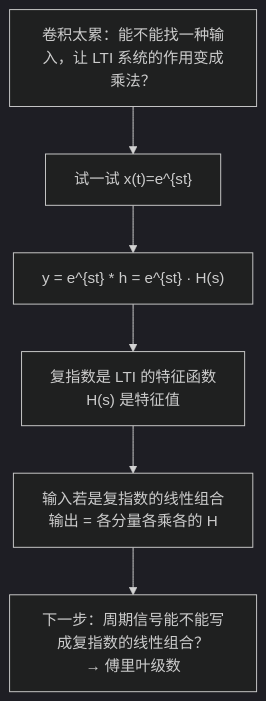
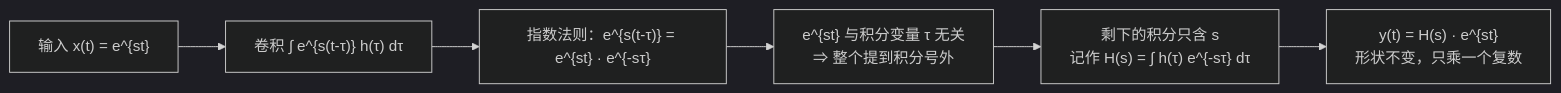
The second of 2 diagrams in 信号与系统/C3.1 复指数是LTI系统的特征函数.md (KayeAdams515/ClaudeNotes), drawn with Mermaid (dark theme) before and after one commit. The commit also changed other lines of this file and 23 other files, not shown here.

````diff
--- a/信号与系统/C3.1 复指数是LTI系统的特征函数.md
+++ b/信号与系统/C3.1 复指数是LTI系统的特征函数.md
@@ -30,8 +103,8 @@
 ```mermaid
-flowchart TD
-    A["卷积太累：能不能找一种输入，让 LTI 系统的作用变成乘法？"] --> B["试一试 x(t)=e^{st}"]
-    B --> C["y = e^{st} * h = e^{st} · H(s)"]
-    C --> D["复指数是 LTI 的特征函数<br/>H(s) 是特征值"]
-    D --> E["输入若是复指数的线性组合<br/>输出 = 各分量各乘各的 H"]
-    E --> F["下一步：周期信号能不能写成复指数的线性组合？<br/>→ 傅里叶级数"]
+flowchart LR
+    A["输入 x(t) = e^{st}"] --> B["卷积 ∫ e^{s(t-τ)} h(τ) dτ"]
+    B --> C["指数法则：e^{s(t-τ)} = e^{st} · e^{-sτ}"]
+    C --> D["e^{st} 与积分变量 τ 无关<br/>⇒ 整个提到积分号外"]
+    D --> E["剩下的积分只含 s<br/>记作 H(s) = ∫ h(τ) e^{-sτ} dτ"]
+    E --> F["y(t) = H(s) · e^{st}<br/>形状不变，只乘一个复数"]
 ```
````
